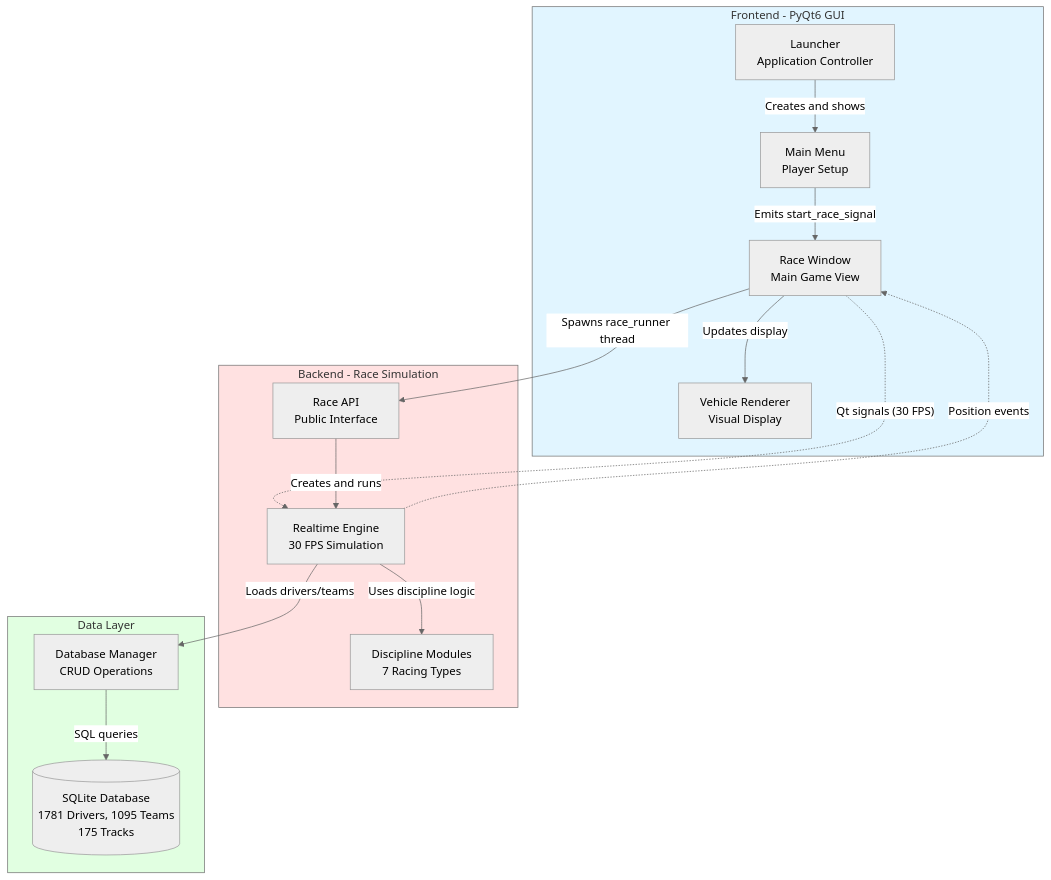
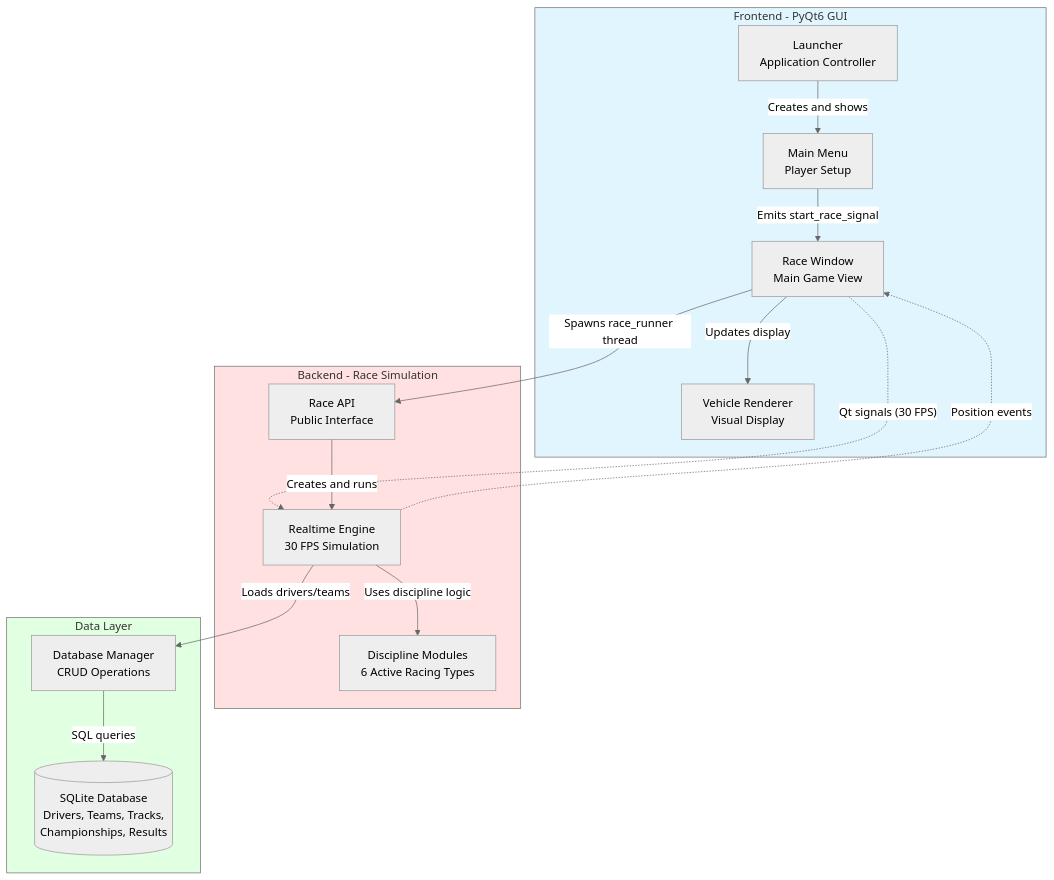
Before and after one commit to EoinFitzsimons/Momentum: the diagram in Planning/Implementation/flowchart TB.mmd, drawn with Mermaid (neutral theme). The commit also changed 18 other files, not shown here.

```diff
--- a/Planning/Implementation/flowchart TB.mmd
+++ b/Planning/Implementation/flowchart TB.mmd
@@ -1,35 +1,35 @@
 flowchart TB
     subgraph GUI["Frontend - PyQt6 GUI"]
         Launcher["Launcher<br/>Application Controller"]
         MainMenu["Main Menu<br/>Player Setup"]
         RaceWindow["Race Window<br/>Main Game View"]
         Renderer["Vehicle Renderer<br/>Visual Display"]
     end
     
     subgraph Backend["Backend - Race Simulation"]
         RaceAPI["Race API<br/>Public Interface"]
         Engine["Realtime Engine<br/>30 FPS Simulation"]
-        Disciplines["Discipline Modules<br/>7 Racing Types"]
+        Disciplines["Discipline Modules<br/>6 Active Racing Types"]
     end
     
     subgraph Storage["Data Layer"]
         DBManager["Database Manager<br/>CRUD Operations"]
-        SQLite[("SQLite Database<br/>1781 Drivers, 1095 Teams<br/>175 Tracks")]
+        SQLite[("SQLite Database<br/>Drivers, Teams, Tracks,<br/>Championships, Results")]
     end
     
     Launcher -->|"Creates and shows"| MainMenu
     MainMenu -->|"Emits start_race_signal"| RaceWindow
     RaceWindow -->|"Spawns race_runner thread"| RaceAPI
     RaceWindow -->|"Updates display"| Renderer
     RaceWindow -.->|"Qt signals (30 FPS)"| Engine
     
     RaceAPI -->|"Creates and runs"| Engine
     Engine -->|"Uses discipline logic"| Disciplines
     Engine -->|"Loads drivers/teams"| DBManager
     Engine -.->|"Position events"| RaceWindow
     
     DBManager -->|"SQL queries"| SQLite
     
     style GUI fill:#e1f5ff
     style Backend fill:#ffe1e1
     style Storage fill:#e1ffe1
```
